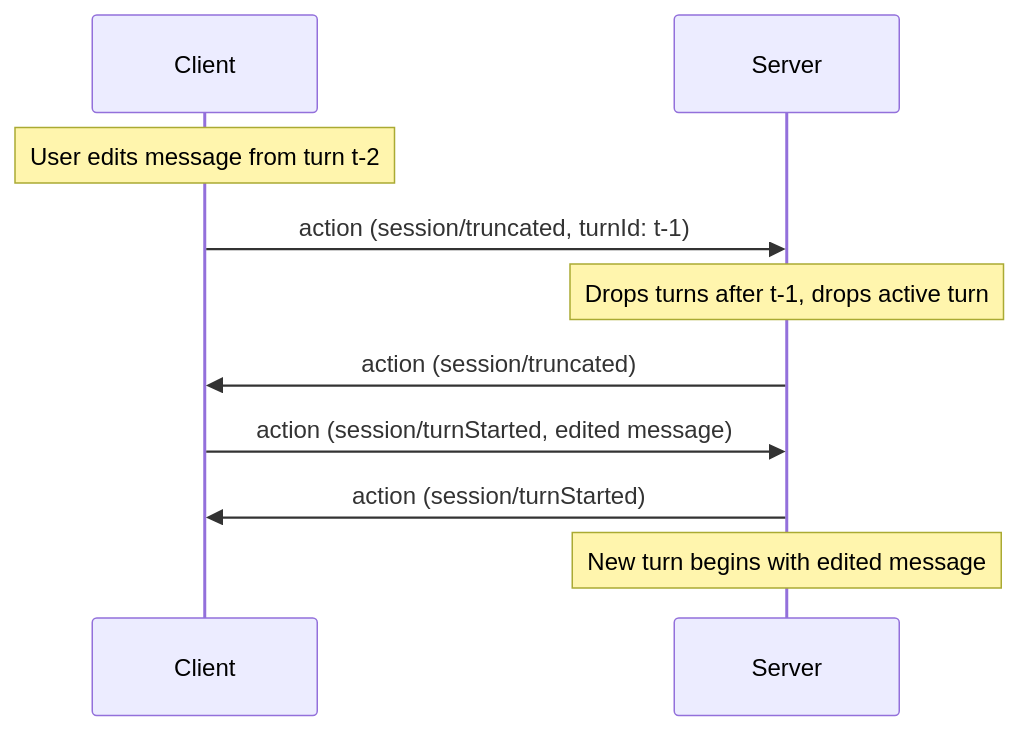
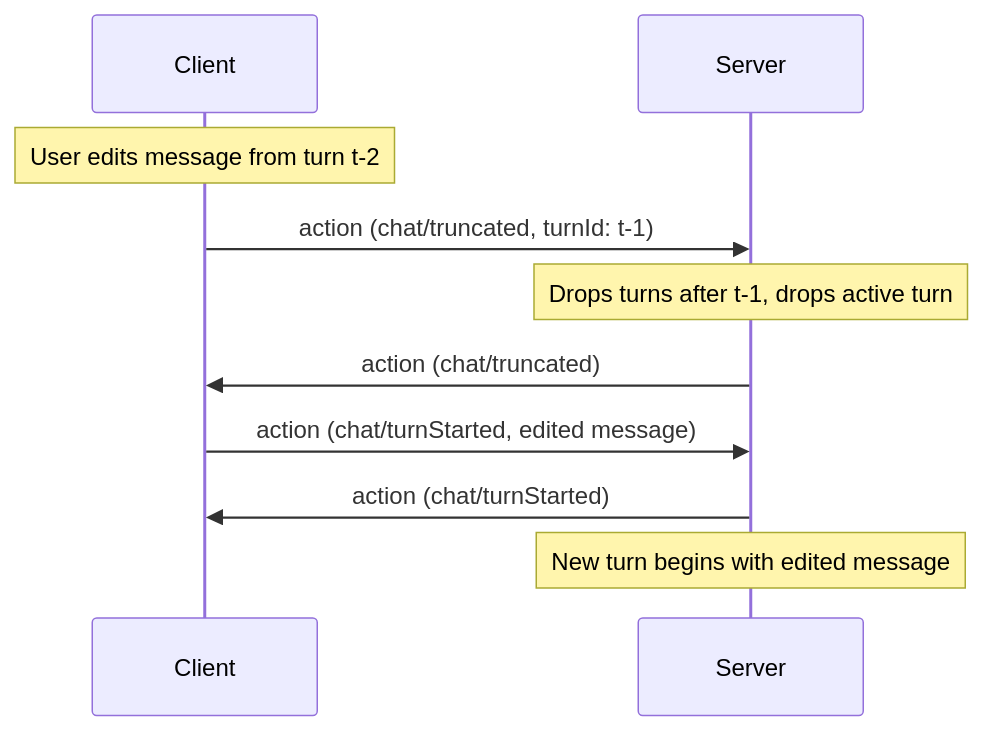
The third of 3 diagrams in docs/guide/state-model.md (Qusic/agent-host-protocol), drawn with Mermaid before and after one commit. The commit also changed other lines of this file and 12 other files, not shown here.

First line of the commit message:
docs: move chat-channel actions off the session channel in the guides

````diff
--- a/docs/guide/state-model.md
+++ b/docs/guide/state-model.md
@@ -473,16 +500,16 @@
 ```mermaid
 sequenceDiagram
     participant Client
     participant Server
 
     Note over Client: User edits message from turn t-2
 
-    Client->>Server: action (session/truncated, turnId: t-1)
+    Client->>Server: action (chat/truncated, turnId: t-1)
     Note over Server: Drops turns after t-1, drops active turn
 
-    Server->>Client: action (session/truncated)
+    Server->>Client: action (chat/truncated)
 
-    Client->>Server: action (session/turnStarted, edited message)
-    Server->>Client: action (session/turnStarted)
+    Client->>Server: action (chat/turnStarted, edited message)
+    Server->>Client: action (chat/turnStarted)
     Note over Server: New turn begins with edited message
 ```
````
